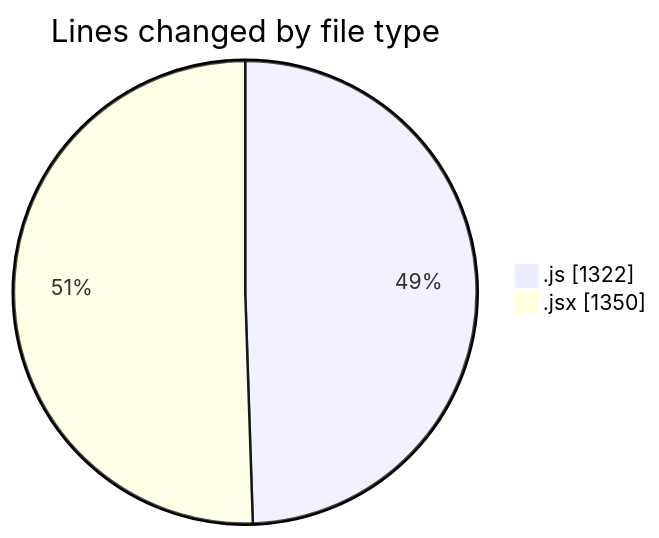
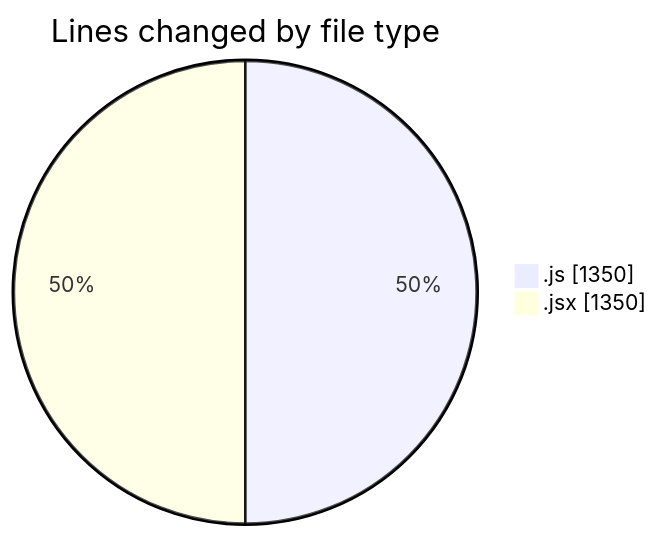
One commit to nxtqubesakshisongat/code-tracking changed the first of 2 diagrams in 2025-09-19/nxtqube_webapp/README.md. Above: the diagram before and after it, drawn with Mermaid. The commit also changed other lines of this file and 1 other file, not shown here.

````diff
--- a/2025-09-19/nxtqube_webapp/README.md
+++ b/2025-09-19/nxtqube_webapp/README.md
@@ -23,6 +23,6 @@
 ```mermaid
 pie showData
 title Lines changed by file type
-".js" : 1322
+".js" : 1350
 ".jsx" : 1350
 ```
````
